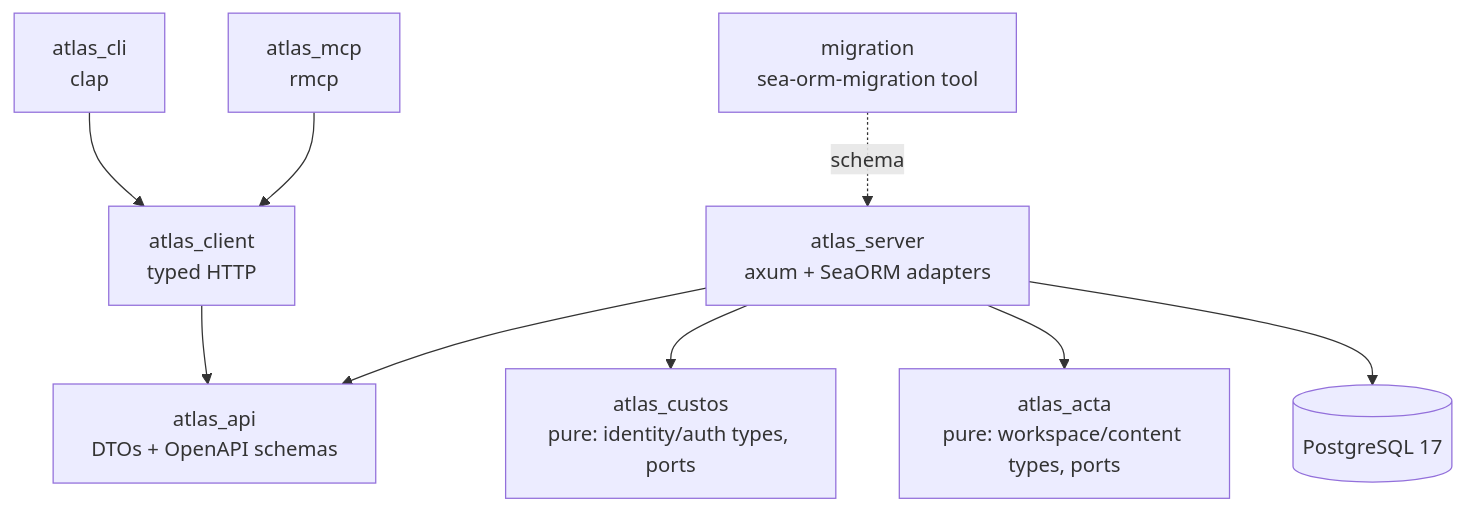
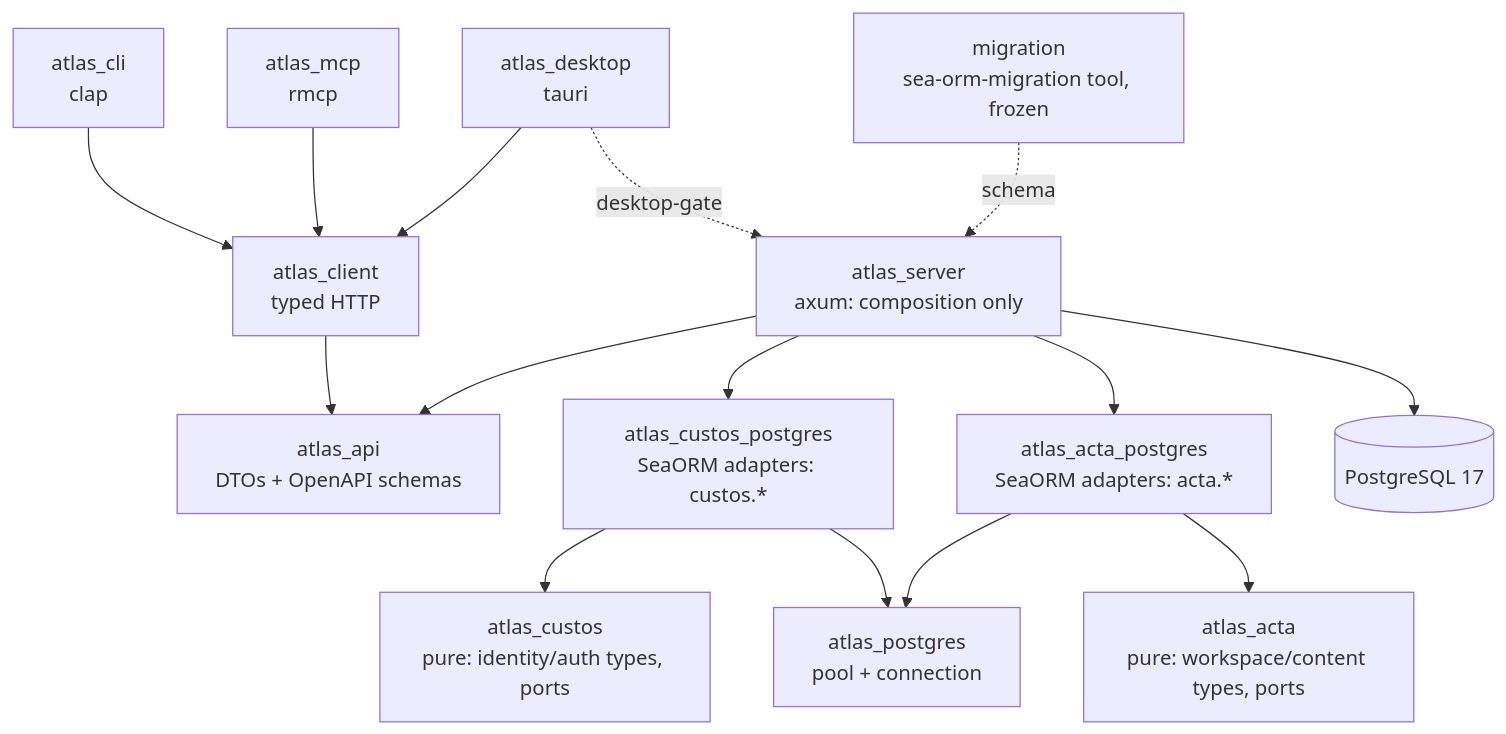
One commit to 0xErwin1/atlas changed the first of 2 diagrams in ARCHITECTURE.md. Above: the diagram before and after it, drawn with Mermaid. The commit also changed other lines of this file and 1 other file, not shown here.

Commit message:
docs: close epic V2-E2 with architecture docs matching the split reality

````diff
--- a/ARCHITECTURE.md
+++ b/ARCHITECTURE.md
@@ -9,11 +16,17 @@
 ```mermaid
 flowchart TD
     cli[atlas_cli<br/>clap] --> client[atlas_client<br/>typed HTTP]
     mcp[atlas_mcp<br/>rmcp] --> client
+    desktop[atlas_desktop<br/>tauri] --> client
+    desktop -. desktop-gate .-> server
     client --> api[atlas_api<br/>DTOs + OpenAPI schemas]
-    server[atlas_server<br/>axum + SeaORM adapters] --> api
-    server --> custos[atlas_custos<br/>pure: identity/auth types, ports]
-    server --> acta[atlas_acta<br/>pure: workspace/content types, ports]
-    migration[migration<br/>sea-orm-migration tool] -.schema.-> server
+    server[atlas_server<br/>axum: composition only] --> api
+    server --> custospg[atlas_custos_postgres<br/>SeaORM adapters: custos.*]
+    server --> actapg[atlas_acta_postgres<br/>SeaORM adapters: acta.*]
+    custospg --> custos[atlas_custos<br/>pure: identity/auth types, ports]
+    actapg --> acta[atlas_acta<br/>pure: workspace/content types, ports]
+    custospg --> pgcore[atlas_postgres<br/>pool + connection]
+    actapg --> pgcore
+    migration[migration<br/>sea-orm-migration tool, frozen] -.schema.-> server
     server --> pg[(PostgreSQL 17)]
 ```
````
